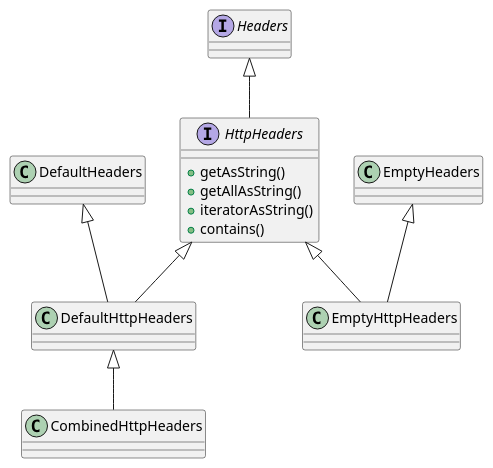
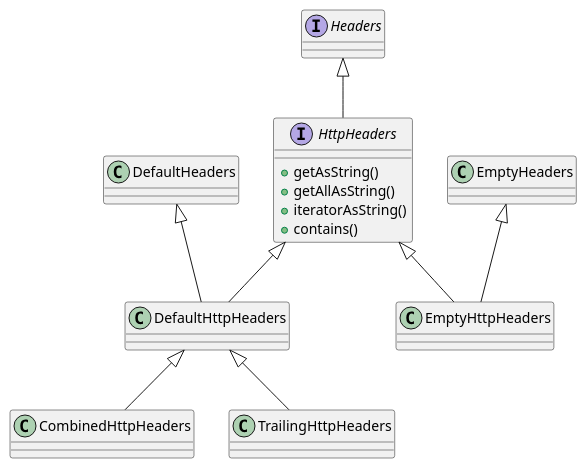
The diagram in http/object/images/http_headers.puml (Fly365/learning-netty), drawn with PlantUML before and after one commit. The commit also changed 6 other files, not shown here.

```diff
--- a/http/object/images/http_headers.puml
+++ b/http/object/images/http_headers.puml
@@ -1,32 +1,35 @@
 @startuml
 
 
 interface Headers{
 }
 interface HttpHeaders{
 + getAsString()
 + getAllAsString()
 + iteratorAsString()
 + contains()
 }
 class DefaultHeaders{
 }
 class EmptyHeaders{
 }
 class DefaultHttpHeaders{
 }
 class EmptyHttpHeaders{
 }
 class CombinedHttpHeaders{
 }
+class TrailingHttpHeaders{
+}
 
 
 
 Headers                      <|--          HttpHeaders
 DefaultHeaders                      <|--          DefaultHttpHeaders
 HttpHeaders                      <|--          DefaultHttpHeaders
 EmptyHeaders                      <|--          EmptyHttpHeaders
 HttpHeaders                      <|--          EmptyHttpHeaders
 DefaultHttpHeaders                      <|--          CombinedHttpHeaders
+DefaultHttpHeaders                      <|--          TrailingHttpHeaders
 
 @enduml
```
